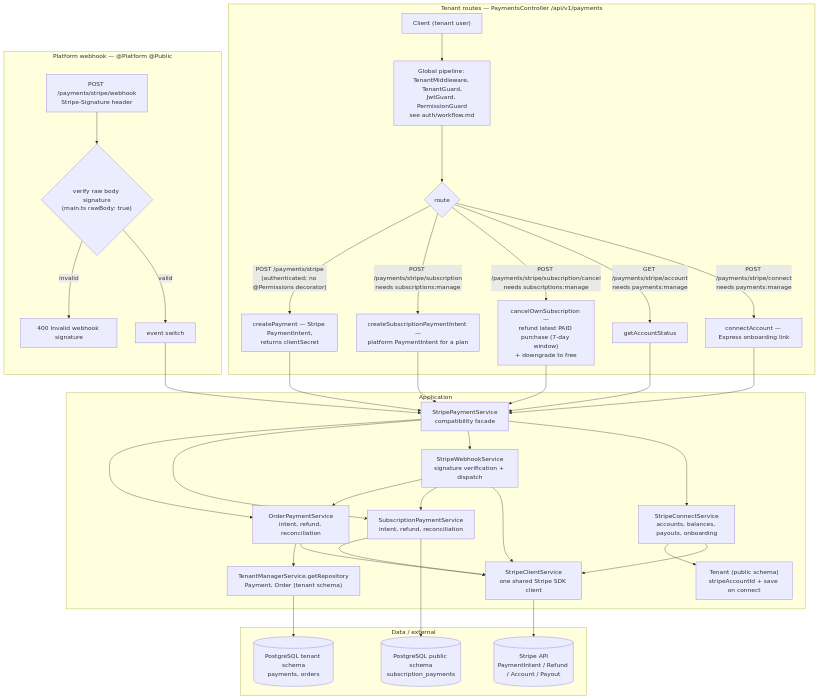
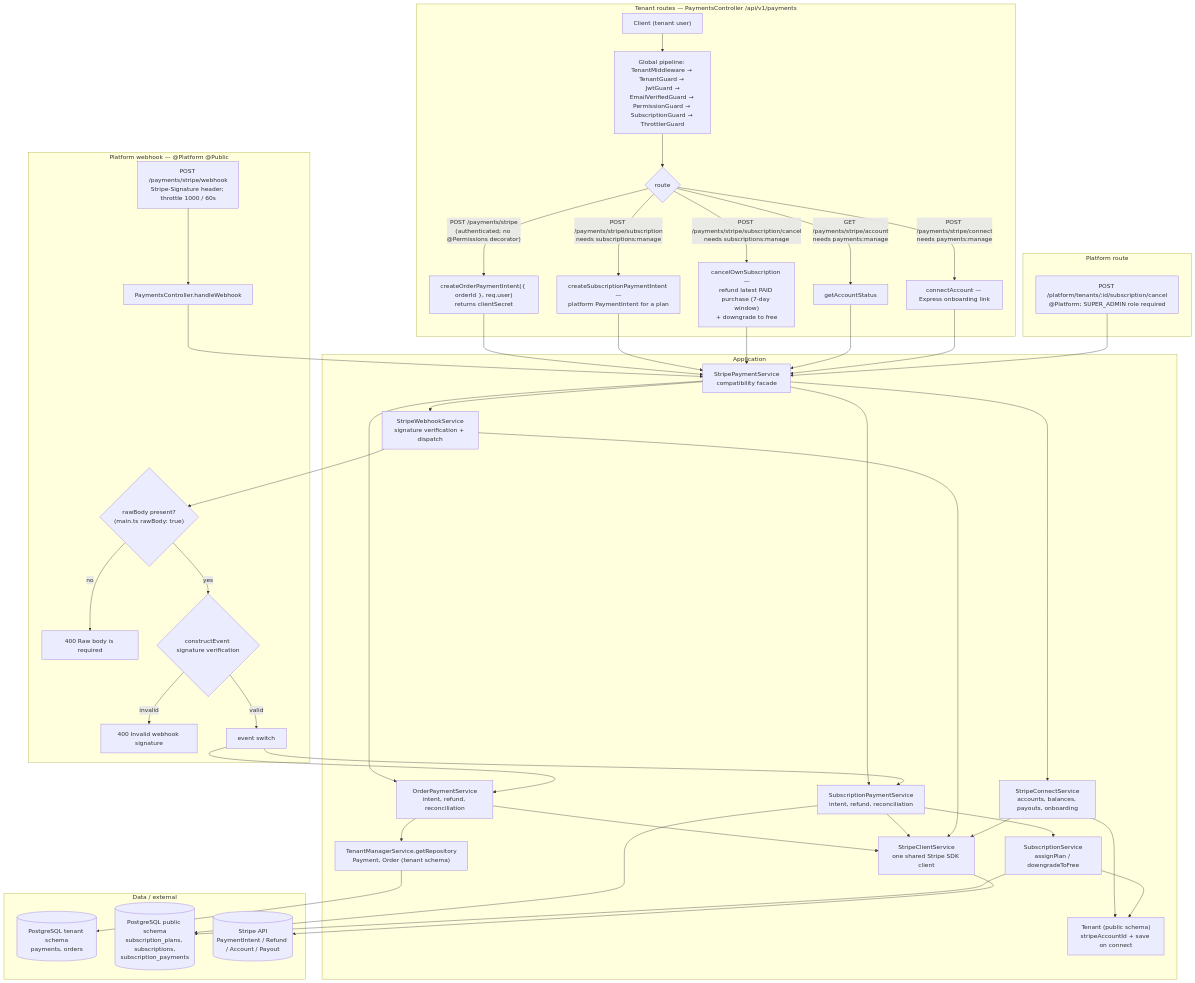
Before and after one commit to DevBassel/saas_commerce: the first of 4 diagrams in apps/api/src/modules/payments/workflow.md, drawn with Mermaid. The commit also changed other lines of this file and 47 other files, not shown here.

````diff
--- a/apps/api/src/modules/payments/workflow.md
+++ b/apps/api/src/modules/payments/workflow.md
@@ -1,45 +1,57 @@
 ```mermaid
 flowchart TD
     subgraph TENANT["Tenant routes — PaymentsController /api/v1/payments"]
-        C["Client (tenant user)"] --> G["Global pipeline: TenantMiddleware, TenantGuard,<br/>JwtGuard, PermissionGuard<br/>see auth/workflow.md"]
+        C["Client (tenant user)"] --> G["Global pipeline: TenantMiddleware → TenantGuard → JwtGuard →<br/>EmailVerifiedGuard → PermissionGuard → SubscriptionGuard → ThrottlerGuard"]
         G --> RO{"route"}
-        RO -->|"POST /payments/stripe<br/>(authenticated; no @Permissions decorator)"| CP["createPayment — Stripe PaymentIntent,<br/>returns clientSecret"]
+        RO -->|"POST /payments/stripe<br/>(authenticated; no @Permissions decorator)"| CP["createOrderPaymentIntent({ orderId }, req.user)<br/>returns clientSecret"]
         RO -->|"POST /payments/stripe/subscription<br/>needs subscriptions:manage"| CS["createSubscriptionPaymentIntent —<br/>platform PaymentIntent for a plan"]
         RO -->|"POST /payments/stripe/subscription/cancel<br/>needs subscriptions:manage"| CX["cancelOwnSubscription —<br/>refund latest PAID purchase (7-day window)<br/>+ downgrade to free"]
         RO -->|"GET /payments/stripe/account<br/>needs payments:manage"| ACC["getAccountStatus"]
         RO -->|"POST /payments/stripe/connect<br/>needs payments:manage"| CON["connectAccount — Express onboarding link"]
     end
 
     subgraph HOOK["Platform webhook — @Platform @Public"]
-        WH["POST /payments/stripe/webhook<br/>Stripe-Signature header"] --> V{"verify raw body signature<br/>(main.ts rawBody: true)"}
+        WH["POST /payments/stripe/webhook<br/>Stripe-Signature header; throttle 1000 / 60s"] --> HC["PaymentsController.handleWebhook"]
+        RB{"rawBody present?<br/>(main.ts rawBody: true)"}
+        RB -->|"no"| RBE["400 Raw body is required"]
+        RB -->|"yes"| V{"constructEvent signature verification"}
         V -->|"invalid"| VE["400 Invalid webhook signature"]
         V -->|"valid"| EV["event switch"]
+    end
+
+    subgraph PLATFORM["Platform route"]
+        PC["POST /platform/tenants/:id/subscription/cancel<br/>@Platform; SUPER_ADMIN role required"]
     end
 
     subgraph APP["Application"]
         CP --> SPS["StripePaymentService<br/>compatibility facade"]
         CS --> SPS
         CX --> SPS
         ACC --> SPS
         CON --> SPS
-        EV --> SPS
+        HC --> SPS
+        PC --> SPS
         SPS --> OPS["OrderPaymentService<br/>intent, refund, reconciliation"]
         SPS --> SUBS["SubscriptionPaymentService<br/>intent, refund, reconciliation"]
         SPS --> WHS["StripeWebhookService<br/>signature verification + dispatch"]
         SPS --> SCS["StripeConnectService<br/>accounts, balances, payouts, onboarding"]
-        WHS --> OPS
-        WHS --> SUBS
+        WHS --> RB
+        EV --> OPS
+        EV --> SUBS
         OPS --> TM["TenantManagerService.getRepository<br/>Payment, Order (tenant schema)"]
         SCS --> TEN["Tenant (public schema)<br/>stripeAccountId + save on connect"]
+        SUBS --> SS["SubscriptionService<br/>assignPlan / downgradeToFree"]
+        SS --> TEN
         OPS --> CLIENT["StripeClientService<br/>one shared Stripe SDK client"]
         SUBS --> CLIENT
         WHS --> CLIENT
         SCS --> CLIENT
     end
 
     subgraph DATA["Data / external"]
         TM --> TDB[("PostgreSQL tenant schema<br/>payments, orders")]
-        SUBS --> PDB[("PostgreSQL public schema<br/>subscription_payments")]
+        SUBS --> PDB[("PostgreSQL public schema<br/>subscription_plans, subscriptions,<br/>subscription_payments")]
+        SS --> PDB
         CLIENT --> STRIPE[("Stripe API<br/>PaymentIntent / Refund / Account / Payout")]
     end
 ```
````
